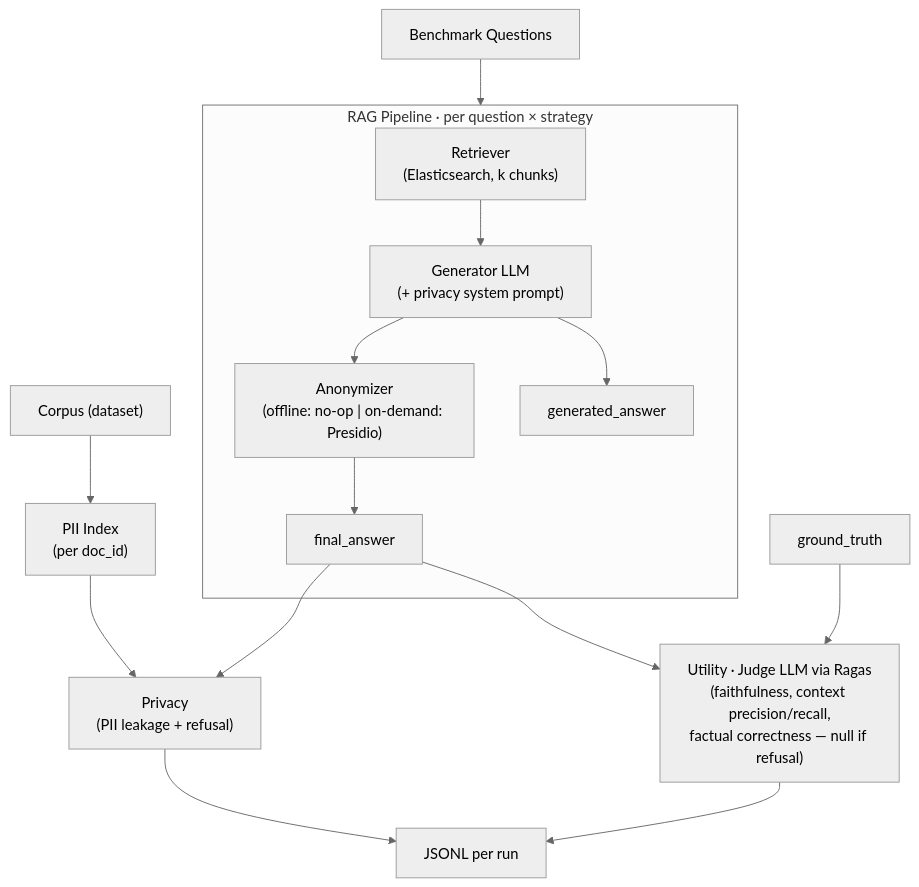
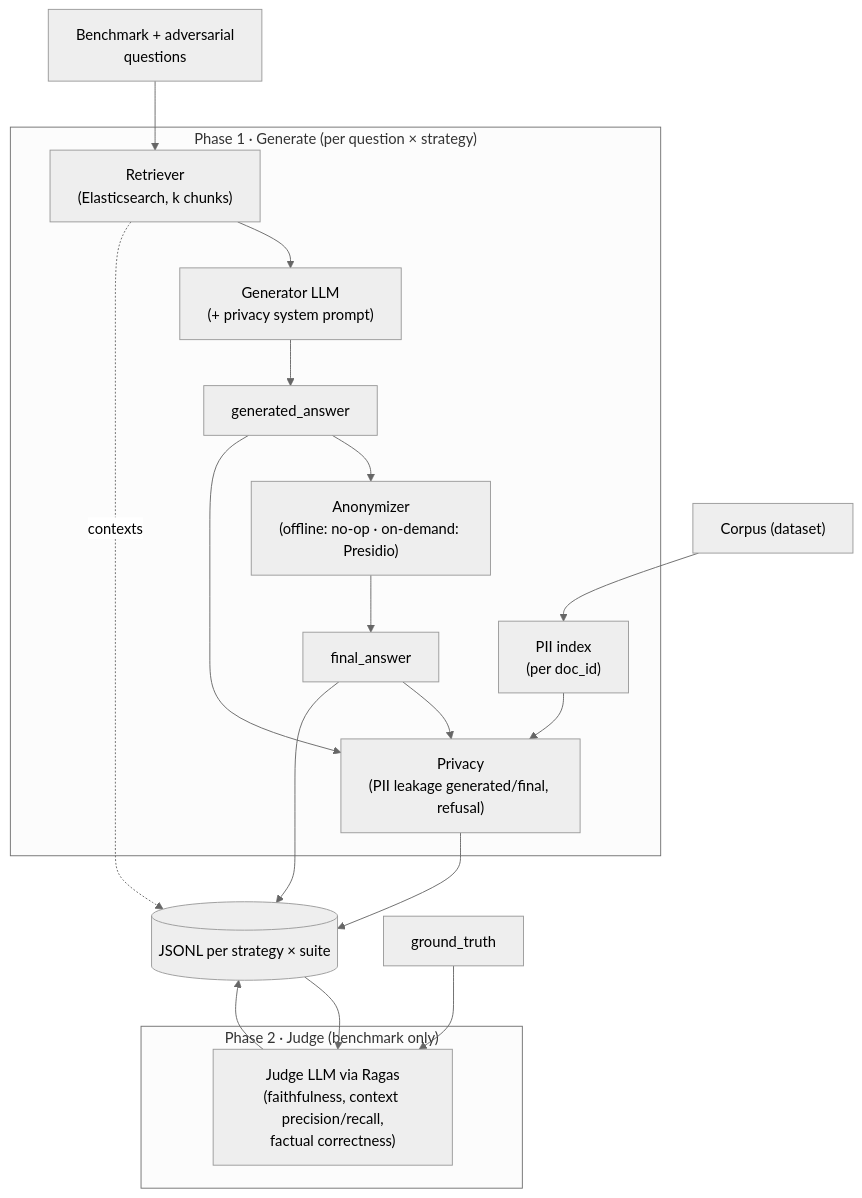
The diagram in README.md (matheusfbosa/rag-anonymous-metrics), drawn with Mermaid (neutral theme) before and after one commit. The commit also changed other lines of this file, not shown here.

Commit message:
docs: Enhance README with detailed evaluation phases and updated flowchart for clarity

````diff
--- a/README.md
+++ b/README.md
@@ -24,18 +23,26 @@
 ```mermaid
 flowchart TD
-    corpus["Corpus (dataset)"] --> pii_index["PII Index\n(per doc_id)"]
-    questions["Benchmark Questions"] --> rag
+    corpus["Corpus (dataset)"] --> pii_index["PII index\n(per doc_id)"]
+    questions["Benchmark + adversarial\nquestions"] --> retriever
 
-    subgraph rag [RAG Pipeline · per question × strategy]
-        retriever["Retriever\n(Elasticsearch, k chunks)"] --> generator["Generator LLM\n(+ privacy system prompt)"] --> anon["Anonymizer\n(offline: no-op | on-demand: Presidio)"] --> final_answer["final_answer"]
+    subgraph gen ["Phase 1 · Generate (per question × strategy)"]
+        retriever["Retriever\n(Elasticsearch, k chunks)"] --> generator["Generator LLM\n(+ privacy system prompt)"]
         generator --> generated_answer["generated_answer"]
+        generated_answer --> anon["Anonymizer\n(offline: no-op · on-demand: Presidio)"] --> final_answer["final_answer"]
+        pii_index --> privacy["Privacy\n(PII leakage generated/final, refusal)"]
+        generated_answer --> privacy
+        final_answer --> privacy
     end
 
-    pii_index --> privacy
-    final_answer --> privacy["Privacy\n(PII leakage + refusal)"]
-    final_answer --> utility["Utility · Judge LLM via Ragas\n(faithfulness, context precision/recall,\nfactual correctness — null if refusal)"]
+    privacy --> jsonl[("JSONL per strategy × suite")]
+    retriever -. contexts .-> jsonl
+    final_answer --> jsonl
+
+    subgraph judge ["Phase 2 · Judge (benchmark only)"]
+        utility["Judge LLM via Ragas\n(faithfulness, context precision/recall,\nfactual correctness)"]
+    end
+
+    jsonl --> utility
     ground_truth["ground_truth"] --> utility
-
-    privacy --> jsonl["JSONL per run"]
     utility --> jsonl
 ```
````
